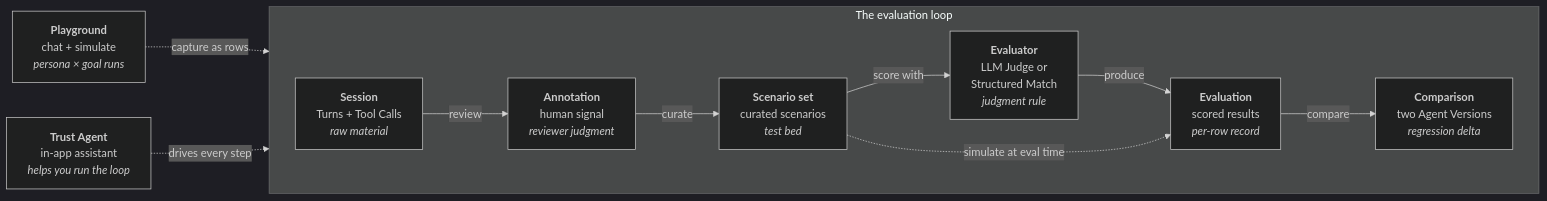
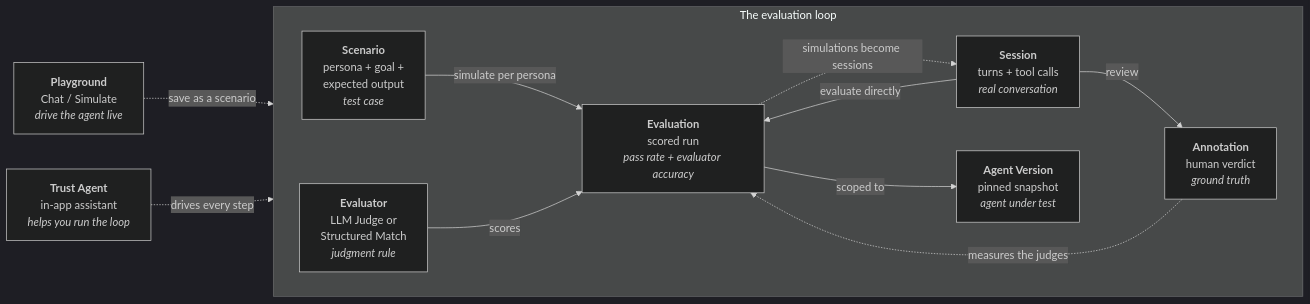
Before and after one commit to Provar-TrustAI/docs: the diagram in concepts/overview.mdx, drawn with Mermaid (dark theme). The commit also changed other lines of this file, not shown here.

Commit message:
docs(concepts/overview): align with v2026.06.30.1 — flat Scenarios noun model, eval-on-sessions, launcher, Trust Library, guided cold start

````diff
--- a/concepts/overview.mdx
+++ b/concepts/overview.mdx
@@ -39,25 +43,26 @@
 ```mermaid
 flowchart LR
     subgraph loop["The evaluation loop"]
         direction LR
-        S["<b>Session</b><br/>Turns + Tool Calls<br/><i>raw material</i>"]
-        A["<b>Annotation</b><br/>human signal<br/><i>reviewer judgment</i>"]
-        D["<b>Scenario set</b><br/>curated scenarios<br/><i>test bed</i>"]
+        C["<b>Scenario</b><br/>persona + goal +<br/>expected output<br/><i>test case</i>"]
+        S["<b>Session</b><br/>turns + tool calls<br/><i>real conversation</i>"]
+        A["<b>Annotation</b><br/>human verdict<br/><i>ground truth</i>"]
         E["<b>Evaluator</b><br/>LLM Judge or<br/>Structured Match<br/><i>judgment rule</i>"]
-        R["<b>Evaluation</b><br/>scored results<br/><i>per-row record</i>"]
-        V["<b>Comparison</b><br/>two Agent Versions<br/><i>regression delta</i>"]
+        R["<b>Evaluation</b><br/>scored run<br/><i>pass rate + evaluator accuracy</i>"]
+        V["<b>Agent Version</b><br/>pinned snapshot<br/><i>agent under test</i>"]
 
+        C -->|simulate per persona| R
+        S -->|evaluate directly| R
+        E -->|scores| R
+        R -->|scoped to| V
         S -->|review| A
-        A -->|curate| D
-        D -->|score with| E
-        E -->|produce| R
-        R -->|compare| V
+        A -.->|measures the judges| R
+        R -.->|simulations become sessions| S
     end
 
-    P["<b>Playground</b><br/>chat + simulate<br/><i>persona × goal runs</i>"]
+    P["<b>Playground</b><br/>Chat / Simulate<br/><i>drive the agent live</i>"]
     TA["<b>Trust Agent</b><br/>in-app assistant<br/><i>helps you run the loop</i>"]
 
-    P -.->|capture as rows| D
-    D -.->|simulate at eval time| R
+    P -.->|save as a scenario| C
     TA -.->|drives every step| loop
 ```
````
